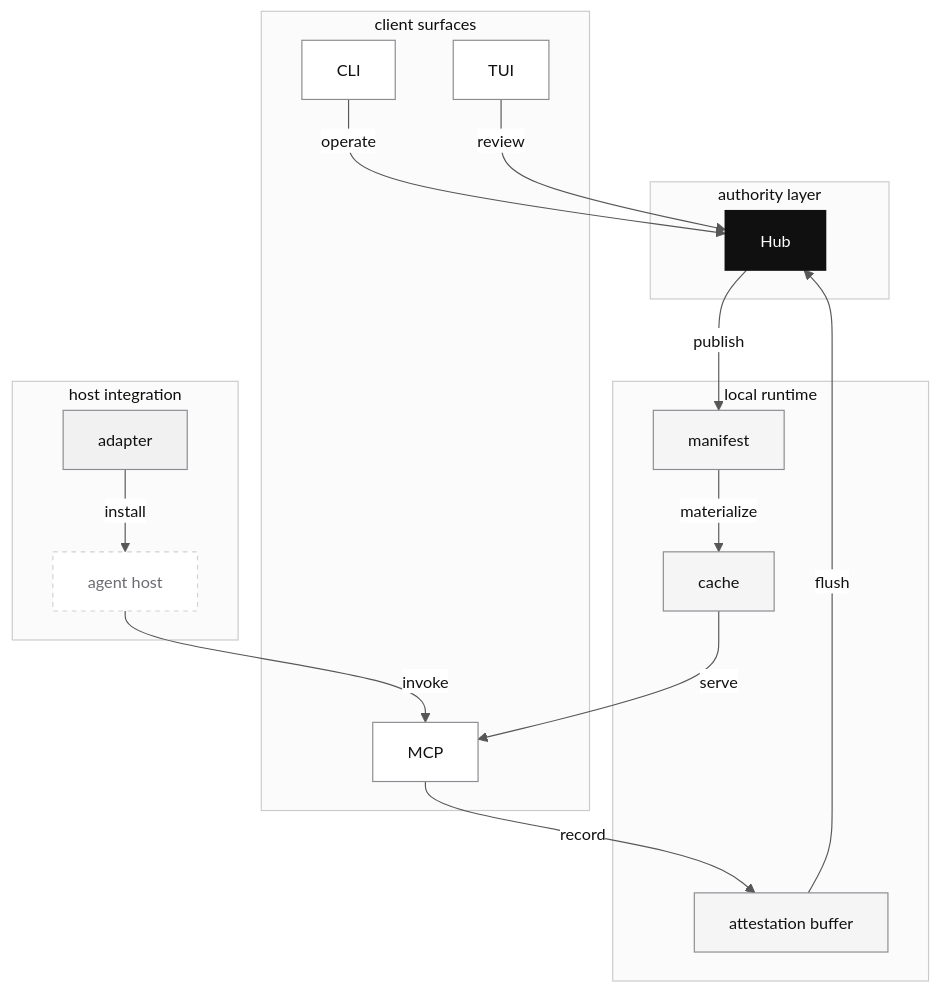
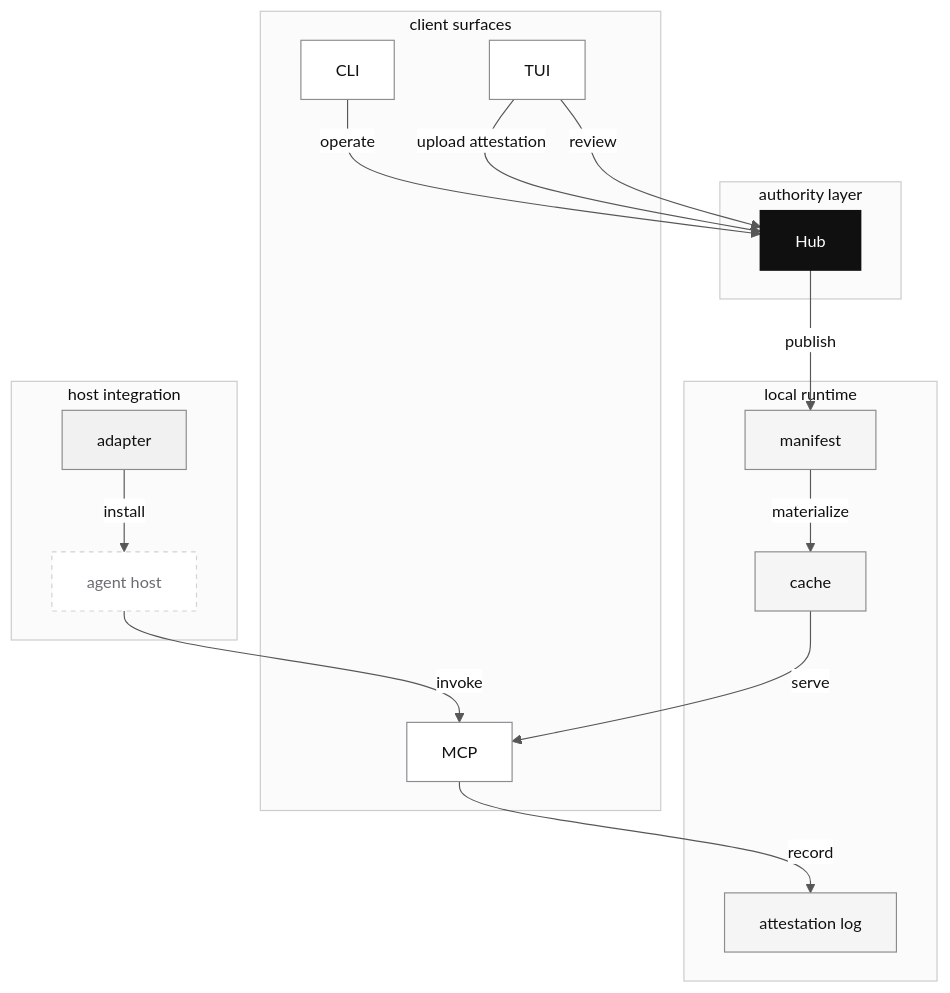
One commit to dylanwangeth/clumsies changed the first of 2 diagrams in docs/architecture.md. Above: the diagram before and after it, drawn with Mermaid. The commit also changed other lines of this file and 31 other files, not shown here.

````diff
--- a/docs/architecture.md
+++ b/docs/architecture.md
@@ -11,60 +11,60 @@
 ```mermaid
 %%{init: {'theme': 'base', 'themeVariables': {
   'background': '#ffffff',
   'primaryColor': '#f7f7f8',
   'primaryTextColor': '#111111',
   'primaryBorderColor': '#111111',
   'lineColor': '#575757',
   'secondaryColor': '#ffffff',
   'tertiaryColor': '#f1f1f2',
   'clusterBkg': '#fbfbfc',
   'clusterBorder': '#cbcbcf',
   'fontFamily': 'ui-monospace, SFMono-Regular, SF Mono, Menlo, monospace',
   'fontSize': '14px'
 }}}%%
 flowchart TB
     classDef authority fill:#101010,color:#ffffff,stroke:#101010,stroke-width:1.5px;
     classDef runtime fill:#f5f5f6,color:#111111,stroke:#8b8b90,stroke-width:1px;
     classDef surface fill:#ffffff,color:#111111,stroke:#8b8b90,stroke-width:1px;
     classDef integration fill:#f1f1f2,color:#111111,stroke:#8b8b90,stroke-width:1px;
     classDef external fill:#ffffff,color:#6b6b72,stroke:#d1d1d6,stroke-dasharray: 4 4;
 
     subgraph authority["authority layer"]
         Hub["Hub"]
     end
 
     subgraph runtime["local runtime"]
         Manifest["manifest"]
         Cache["cache"]
-        AttBuf["attestation buffer"]
+        AttLog["attestation log"]
     end
 
     subgraph clients["client surfaces"]
         CLI["CLI"]
         TUI["TUI"]
         MCP["MCP"]
     end
 
     subgraph integration["host integration"]
         Adapter["adapter"]
         Host["agent host"]
     end
 
     Hub -->|publish| Manifest
     Manifest -->|materialize| Cache
     Cache -->|serve| MCP
-    MCP -->|record| AttBuf
-    AttBuf -->|flush| Hub
+    MCP -->|record| AttLog
+    TUI -->|upload attestation| Hub
 
     CLI -->|operate| Hub
     TUI -->|review| Hub
 
     Adapter -->|install| Host
     Host -->|invoke| MCP
 
     class Hub authority;
-    class Manifest,Cache,AttBuf runtime;
+    class Manifest,Cache,AttLog runtime;
     class CLI,TUI,MCP surface;
     class Adapter integration;
     class Host external;
 ```
````
